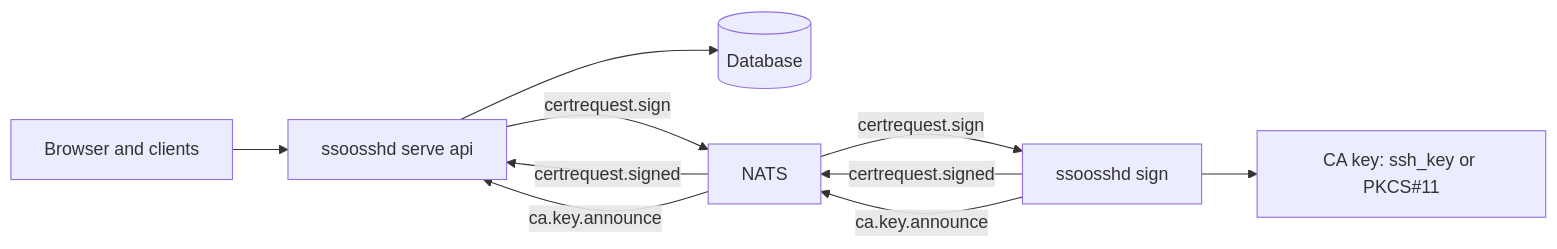
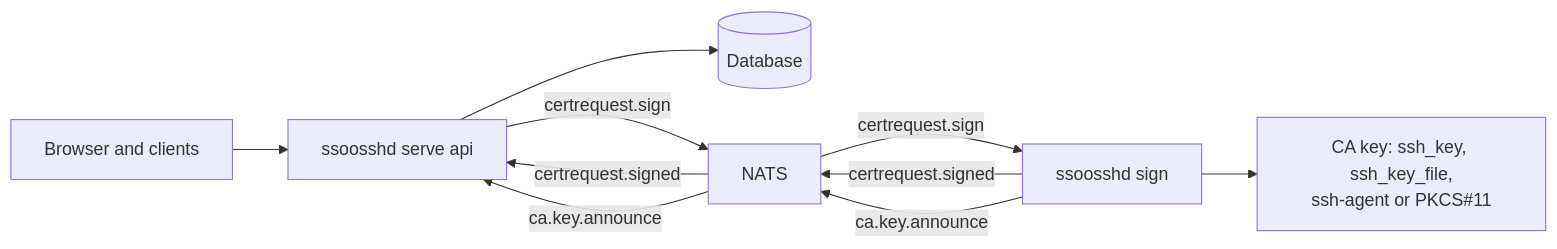
The diagram in user-docs/src/content/docs/operations/startup-modes.md (mnestor/ssoossh), drawn with Mermaid before and after one commit. The commit also changed 14 other files, not shown here.

````diff
--- a/user-docs/src/content/docs/operations/startup-modes.md
+++ b/user-docs/src/content/docs/operations/startup-modes.md
@@ -71,22 +71,22 @@
 ```mermaid
 flowchart LR
     accTitle: Why splitting the signer is worth it on a single instance
     accDescr {
       Browsers and clients reach ssoosshd serve api, which owns the database.
       Signing goes out over NATS: serve api publishes on certrequest.sign, the
       separate ssoosshd sign process consumes it, signs with the CA key held
-      in ssh_key or on a PKCS#11 token, and publishes on certrequest.signed
+      in ssh_key or ssh_key_file, in an ssh-agent or on a PKCS#11 token, and publishes on certrequest.signed
       for serve api to consume. The signer also announces its CA key on
       ca.key.announce. The CA key is only ever in the sign process, never in
       the one facing the network.
     }
     B["Browser and clients"] --> A["ssoosshd serve api"]
     A --> DB[("Database")]
     A -- "certrequest.sign" --> N["NATS"]
     N -- "certrequest.signed" --> A
     N -- "certrequest.sign" --> S["ssoosshd sign"]
     S -- "certrequest.signed" --> N
-    S --> K["CA key: ssh_key or PKCS#11"]
+    S --> K["CA key: ssh_key, ssh_key_file,<br/>ssh-agent or PKCS#11"]
     S -- "ca.key.announce" --> N
     N -- "ca.key.announce" --> A
 ```
````
